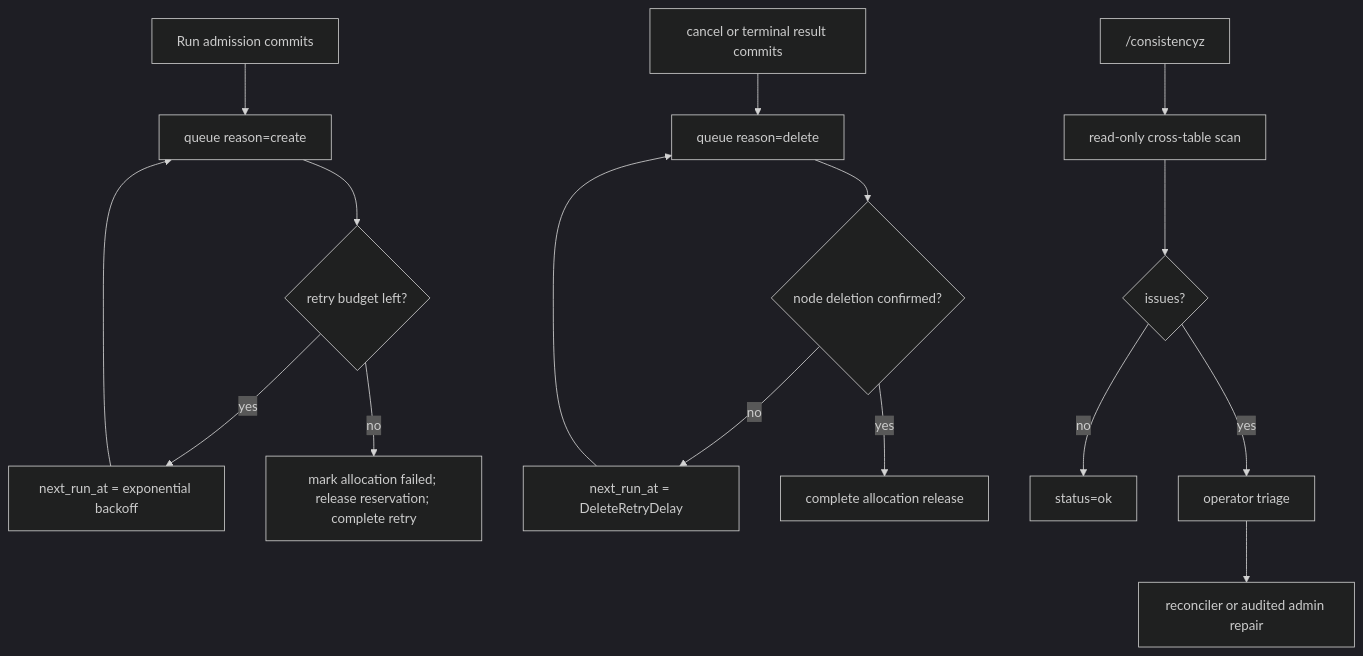
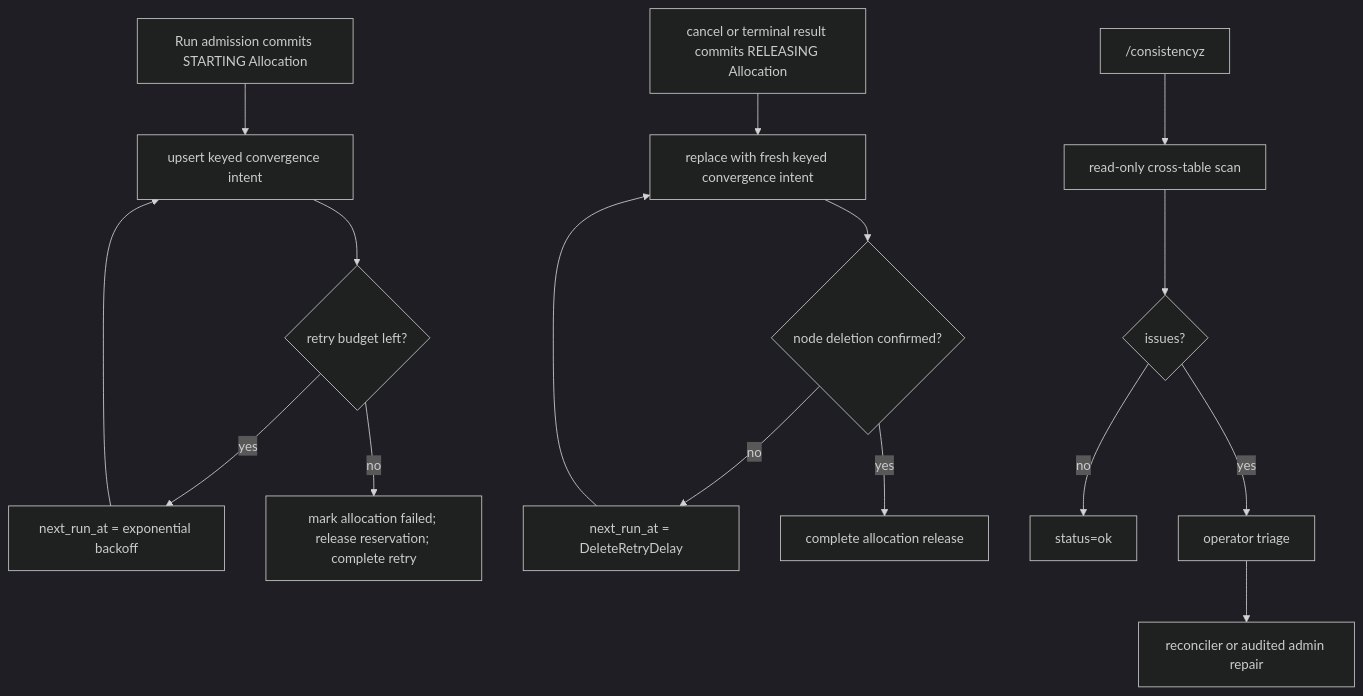
One commit to cofy-x/axern changed the diagram in control/controld/docs/node-placement-and-leases.md. Above: the diagram before and after it, drawn with Mermaid (dark theme). The commit also changed other lines of this file and 47 other files, not shown here.

````diff
--- a/control/controld/docs/node-placement-and-leases.md
+++ b/control/controld/docs/node-placement-and-leases.md
@@ -83,20 +83,20 @@
 ```mermaid
 flowchart TD
-  A["Run admission commits"] --> B["queue reason=create"]
+  A["Run admission commits STARTING Allocation"] --> B["upsert keyed convergence intent"]
   B --> C{"retry budget left?"}
   C -- yes --> D["next_run_at = exponential backoff"]
   D --> B
   C -- no --> E["mark allocation failed; release reservation; complete retry"]
 
-  F["cancel or terminal result commits"] --> G["queue reason=delete"]
+  F["cancel or terminal result commits RELEASING Allocation"] --> G["replace with fresh keyed convergence intent"]
   G --> H{"node deletion confirmed?"}
   H -- no --> I["next_run_at = DeleteRetryDelay"]
   I --> G
   H -- yes --> J["complete allocation release"]
 
   K["/consistencyz"] --> L["read-only cross-table scan"]
   L --> M{"issues?"}
   M -- no --> N["status=ok"]
   M -- yes --> O["operator triage"]
   O --> P["reconciler or audited admin repair"]
 ```
````
